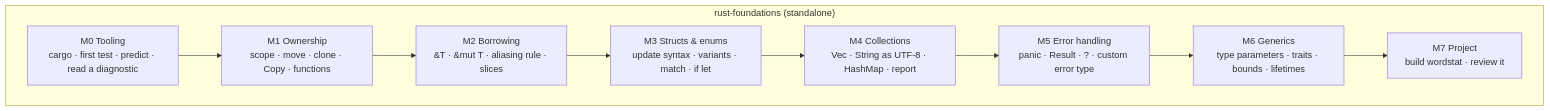
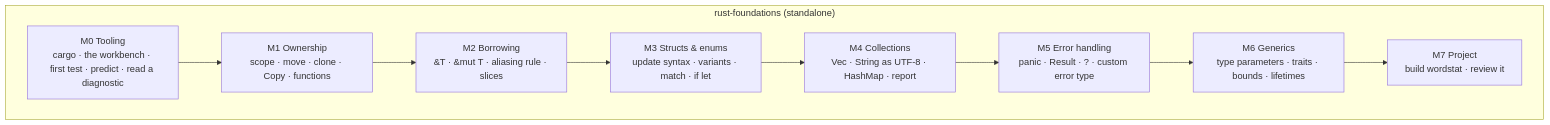
Before and after one commit to scimbe/CADS-DEMO-firmware-lab: the second of 2 diagrams in courses/README.md, drawn with Mermaid. The commit also changed other lines of this file, not shown here.

````diff
--- a/courses/README.md
+++ b/courses/README.md
@@ -145,14 +145,14 @@
 ```mermaid
 graph TD
   subgraph Rust["rust-foundations (standalone)"]
-    R0["M0 Tooling<br/>cargo · first test · predict · read a diagnostic"]
+    R0["M0 Tooling<br/>cargo · the workbench · first test · predict · read a diagnostic"]
     R1["M1 Ownership<br/>scope · move · clone · Copy · functions"]
     R2["M2 Borrowing<br/>&T · &mut T · aliasing rule · slices"]
     R3["M3 Structs & enums<br/>update syntax · variants · match · if let"]
     R4["M4 Collections<br/>Vec · String as UTF-8 · HashMap · report"]
     R5["M5 Error handling<br/>panic · Result · ? · custom error type"]
     R6["M6 Generics<br/>type parameters · traits · bounds · lifetimes"]
     R7["M7 Project<br/>build wordstat · review it"]
     R0 --> R1 --> R2 --> R3 --> R4 --> R5 --> R6 --> R7
   end
 ```
````
